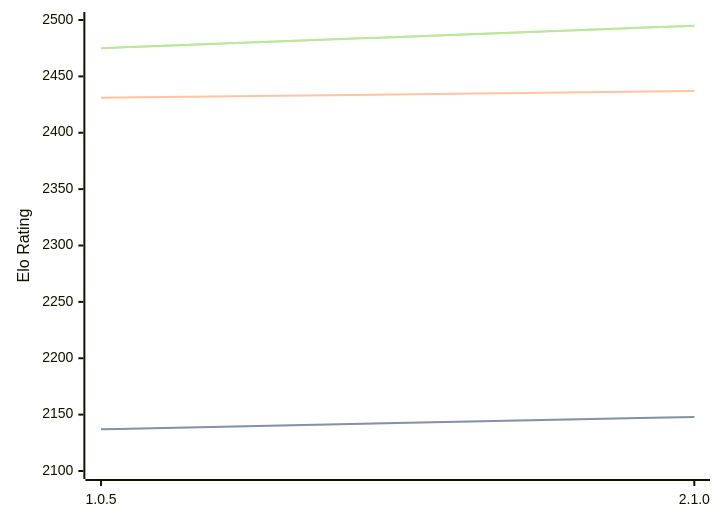
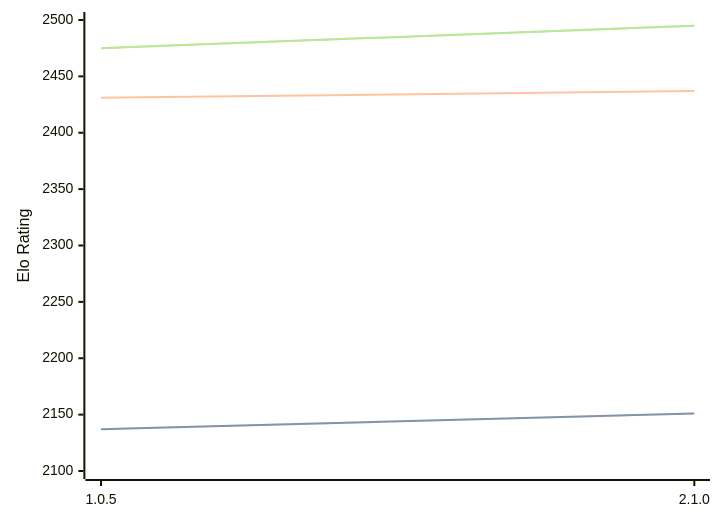
The diagram in engines/Ruffian.md (computer-chess-index/cci), drawn with Mermaid before and after one commit. The commit also changed other lines of this file, not shown here.

````diff
--- a/engines/Ruffian.md
+++ b/engines/Ruffian.md
@@ -32,11 +32,11 @@
 ```mermaid
 %%{init: {"theme":"base","themeVariables":{"seriesColors:['#a3a3a3','#222221','#faa371']}}}%%
 xychart-beta
   x-axis ["1.0.5", "2.1.0"]
   y-axis "Elo Rating" 2100 --> 2500
-  line "STC (8.0+0.08s)" [2137, 2148]
-  line "STC (8.0+0.08s)" [2137, 2148]
+  line "STC (8.0+0.08s)" [2137, 2151]
+  line "STC (8.0+0.08s)" [2137, 2151]
   line "LTC (60.0+0.60s)" [2431, 2437]
   line "VLTC (2m24s+1.12s)" [2475, 2495]
   line "VLTC (2m24s+1.12s)" [2475, 2495]
 ```
````
